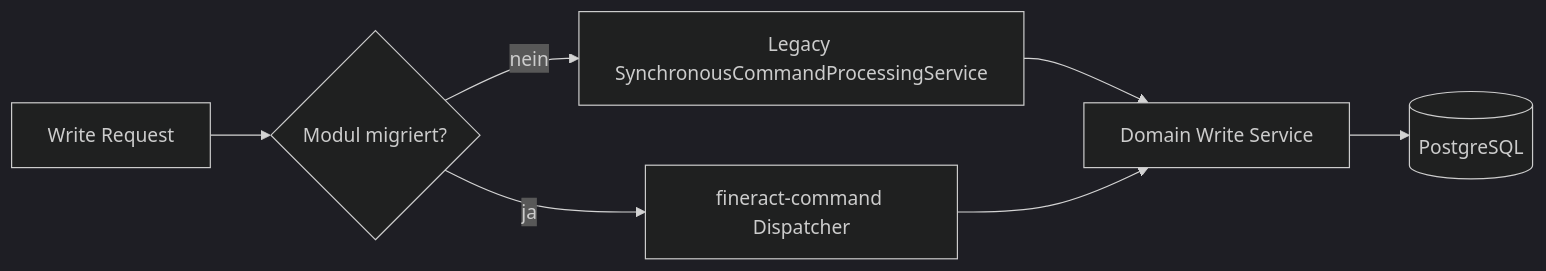
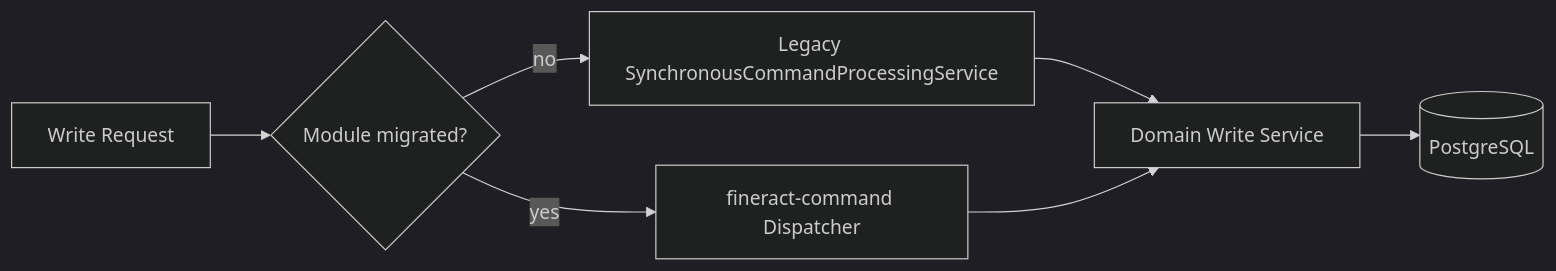
Before and after one commit to RainerMaxWallscheid/fineract-osgi: the second of 5 diagrams in docs/arc42/04_runtime_view.md, drawn with Mermaid (dark theme). The commit also changed other lines of this file and 38 other files, not shown here.

````diff
--- a/docs/arc42/04_runtime_view.md
+++ b/docs/arc42/04_runtime_view.md
@@ -152,9 +152,9 @@
 ```mermaid
 flowchart LR
-    A[Write Request] --> B{Modul migriert?}
-    B -->|nein| C[Legacy SynchronousCommandProcessingService]
-    B -->|ja| D[fineract-command Dispatcher]
+    A[Write Request] --> B{Module migrated?}
+    B -->|no| C[Legacy SynchronousCommandProcessingService]
+    B -->|yes| D[fineract-command Dispatcher]
     C --> E[Domain Write Service]
     D --> E
     E --> F[(PostgreSQL)]
 ```
````
